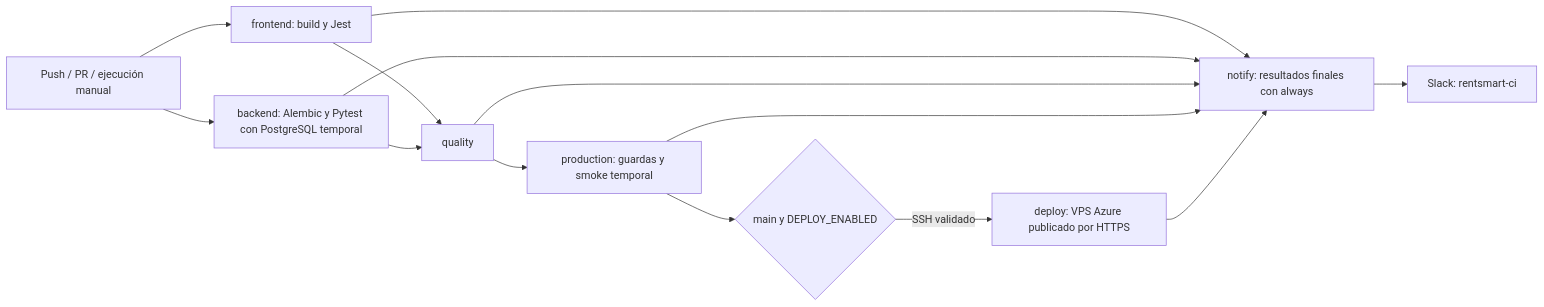
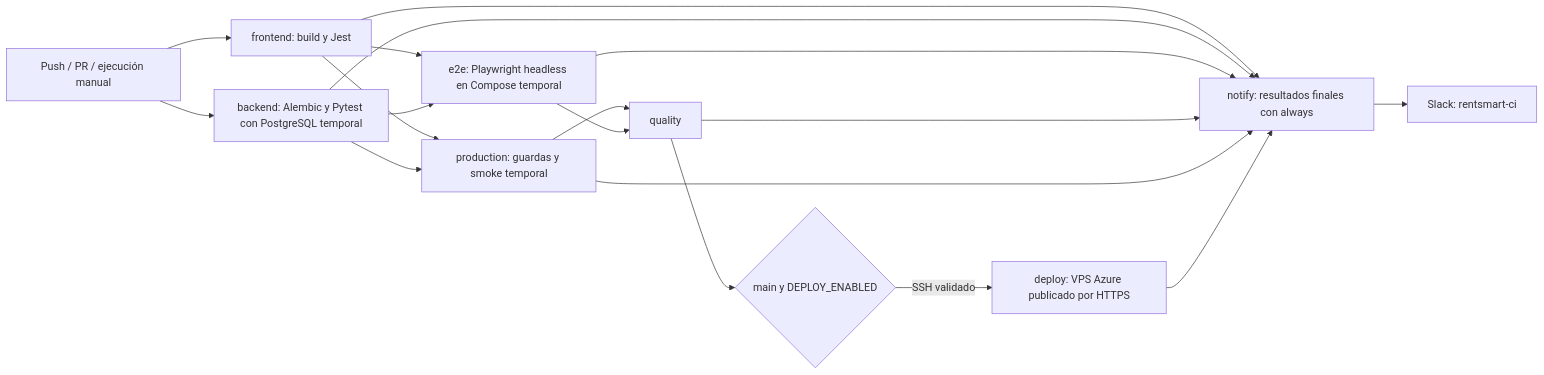
One commit to JorgeJaceval/Pruebas-De-Software-RentSmart changed the second of 2 diagrams in docs/wiki/Arquitectura.md. Above: the diagram before and after it, drawn with Mermaid. The commit also changed other lines of this file and 9 other files, not shown here.

````diff
--- a/docs/wiki/Arquitectura.md
+++ b/docs/wiki/Arquitectura.md
@@ -39,16 +42,20 @@
 ```mermaid
 flowchart LR
   GitHub[Push / PR / ejecución manual] --> FE[frontend: build y Jest]
   GitHub --> BE[backend: Alembic y Pytest con PostgreSQL temporal]
-  FE --> Quality[quality]
-  BE --> Quality
-  Quality --> Production[production: guardas y smoke temporal]
-  Production --> Gate{main y DEPLOY_ENABLED}
+  FE --> Production[production: guardas y smoke temporal]
+  BE --> Production
+  FE --> E2E[e2e: Playwright headless en Compose temporal]
+  BE --> E2E
+  Production --> Quality[quality]
+  E2E --> Quality
+  Quality --> Gate{main y DEPLOY_ENABLED}
   Gate -->|SSH validado| Deploy[deploy: VPS Azure publicado por HTTPS]
   FE --> Notify[notify: resultados finales con always]
   BE --> Notify
+  E2E --> Notify
   Quality --> Notify
   Production --> Notify
   Deploy --> Notify
   Notify --> Slack[Slack: rentsmart-ci]
 ```
````
